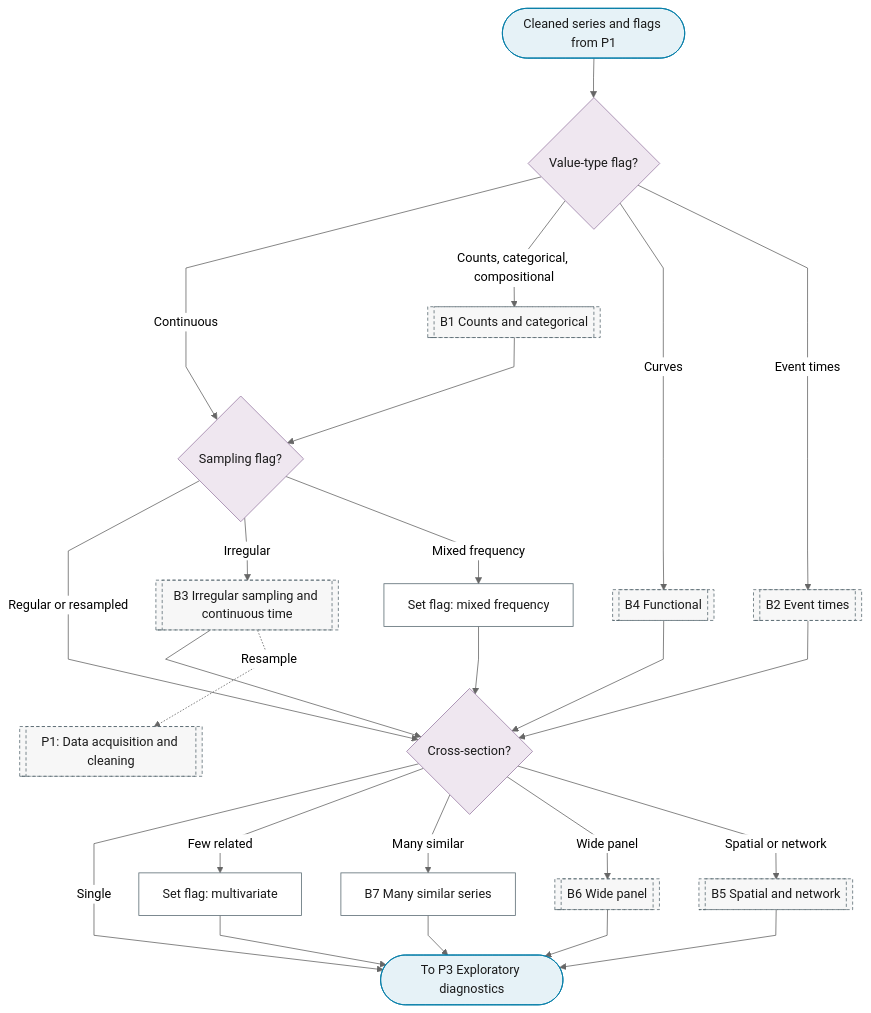
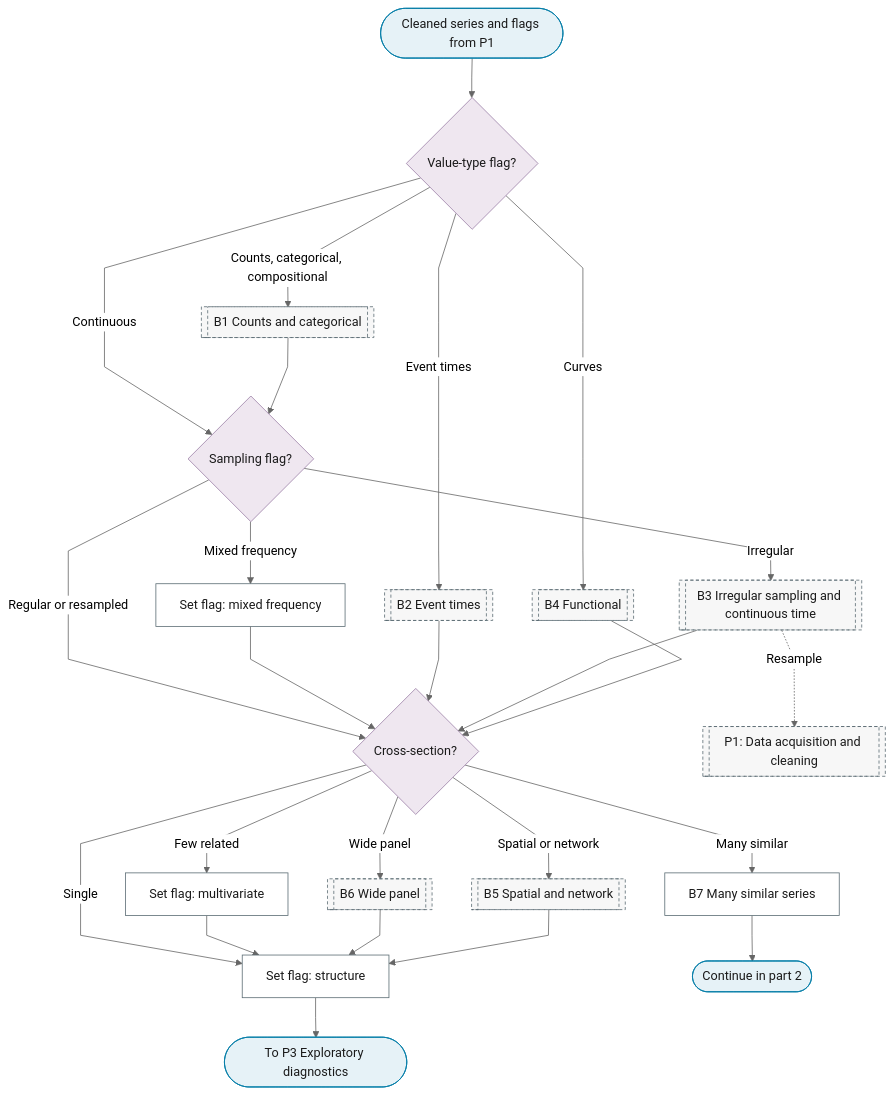
The first of 2 diagrams in docs/01-workflow/p02-data-type-gate.md (Shuxin-Y/time-series-analysis-manual), drawn with Mermaid (neutral theme) before and after one commit. The commit also changed other lines of this file and 14 other files, not shown here.

````diff
--- a/docs/01-workflow/p02-data-type-gate.md
+++ b/docs/01-workflow/p02-data-type-gate.md
@@ -9,34 +9,36 @@
 ```mermaid
 %%{init: {"flowchart": {"curve": "linear"}}}%%
 graph TD
     P2_IN(["Cleaned series and flags from P1"]) --> P2_VALUE_TYPE{"Value-type flag?"}
     P2_VALUE_TYPE -->|"Continuous"| P2_SAMPLING{"Sampling flag?"}
     P2_VALUE_TYPE -->|"Counts, categorical, compositional"| B1[["B1 Counts and categorical"]]
     P2_VALUE_TYPE -->|"Curves"| B4[["B4 Functional"]]
     P2_VALUE_TYPE -->|"Event times"| B2[["B2 Event times"]]
     P2_SAMPLING -->|"Regular or resampled"| P2_STRUCTURE{"Cross-section?"}
     P2_SAMPLING -->|"Irregular"| B3[["B3 Irregular sampling and continuous time"]]
     P2_SAMPLING -->|"Mixed frequency"| P2_MIXED_FREQ_FLAG["Set flag: mixed frequency"]
     P2_MIXED_FREQ_FLAG --> P2_STRUCTURE
     B1 --> P2_SAMPLING
     B2 & B3 & B4 --> P2_STRUCTURE
     B3 -.->|"Resample"| P1[["P1: Data acquisition and cleaning"]]
-    P2_STRUCTURE -->|"Single"| P2_OUT
+    P2_STRUCTURE -->|"Single"| P2_STRUCTURE_FLAG
     P2_STRUCTURE -->|"Few related"| P2_MULTIVARIATE_FLAG["Set flag: multivariate"]
     P2_STRUCTURE -->|"Many similar"| B7["B7 Many similar series"]
     P2_STRUCTURE -->|"Wide panel"| B6[["B6 Wide panel"]]
     P2_STRUCTURE -->|"Spatial or network"| B5[["B5 Spatial and network"]]
-    P2_MULTIVARIATE_FLAG & B7 & B6 & B5 --> P2_OUT(["To P3 Exploratory diagnostics"])
-    class P2_IN,P2_OUT terminator
+    P2_MULTIVARIATE_FLAG & B6 & B5 --> P2_STRUCTURE_FLAG["Set flag: structure"]
+    P2_STRUCTURE_FLAG --> P2_OUT(["To P3 Exploratory diagnostics"])
+    B7 --> P2_TO_PART_2(["Continue in part 2"])
+    class P2_IN,P2_OUT,P2_TO_PART_2 terminator
     class P2_VALUE_TYPE,P2_SAMPLING,P2_STRUCTURE decision
-    class P2_MIXED_FREQ_FLAG,P2_MULTIVARIATE_FLAG,B7 process
+    class P2_MIXED_FREQ_FLAG,P2_MULTIVARIATE_FLAG,P2_STRUCTURE_FLAG,B7 process
     class B1,B2,B3,B4,B5,B6,P1 ref
     classDef terminator fill:#E6F2F7,stroke:#007BA7,color:#1A1A1A;
     classDef process fill:#FFFFFF,stroke:#5A6B73,color:#1A1A1A;
     classDef decision fill:#EFE7F0,stroke:#9B7FA7,color:#1A1A1A;
     classDef data fill:#FFF4E0,stroke:#C9A55E,color:#1A1A1A;
     classDef good fill:#DCEFD8,stroke:#4A7A3F,color:#1A1A1A;
     classDef escalate fill:#FFE9C2,stroke:#C9A55E,color:#1A1A1A;
     classDef problem fill:#F2D9DE,stroke:#800020,color:#1A1A1A;
     classDef ref fill:#F7F7F7,stroke:#5A6B73,color:#1A1A1A,stroke-dasharray:4 3;
 ```
````
